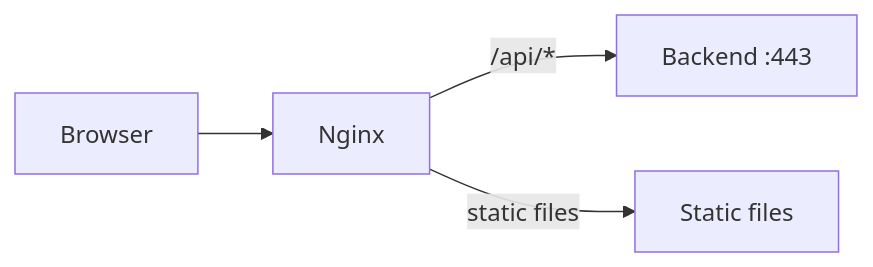
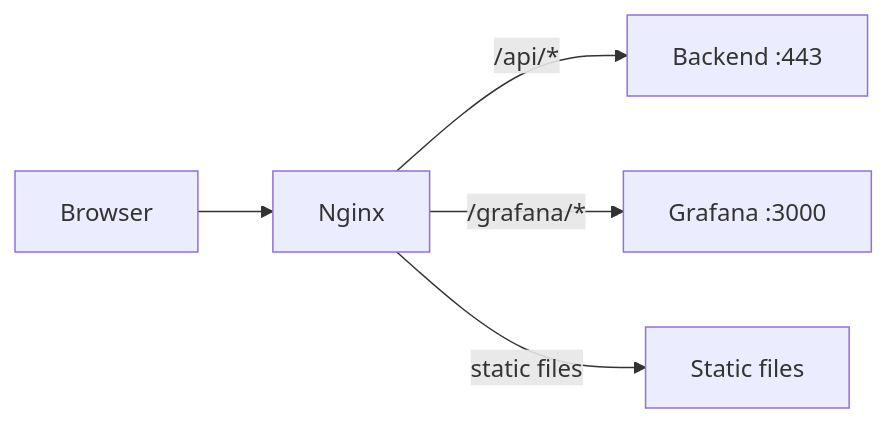
Before and after one commit to HardMax71/Integr8sCode: the diagram in docs/operations/nginx-configuration.md, drawn with Mermaid. The commit also changed other lines of this file and 8 other files, not shown here.

````diff
--- a/docs/operations/nginx-configuration.md
+++ b/docs/operations/nginx-configuration.md
@@ -8,6 +8,7 @@
 ```mermaid
 flowchart LR
     Browser --> Nginx
     Nginx -->|"/api/*"| Backend["Backend :443"]
+    Nginx -->|"/grafana/*"| Grafana["Grafana :3000"]
     Nginx -->|"static files"| Static["Static files"]
 ```
````
